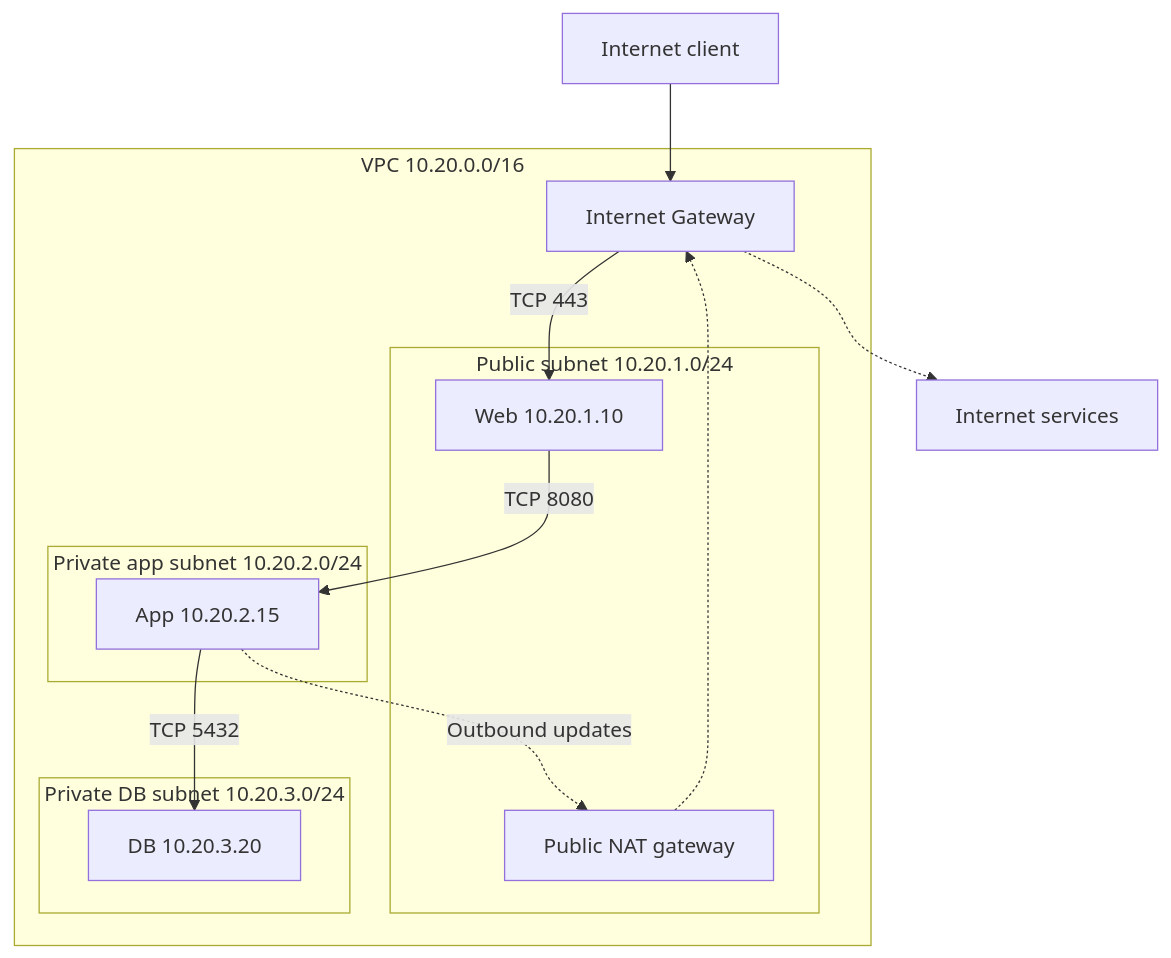
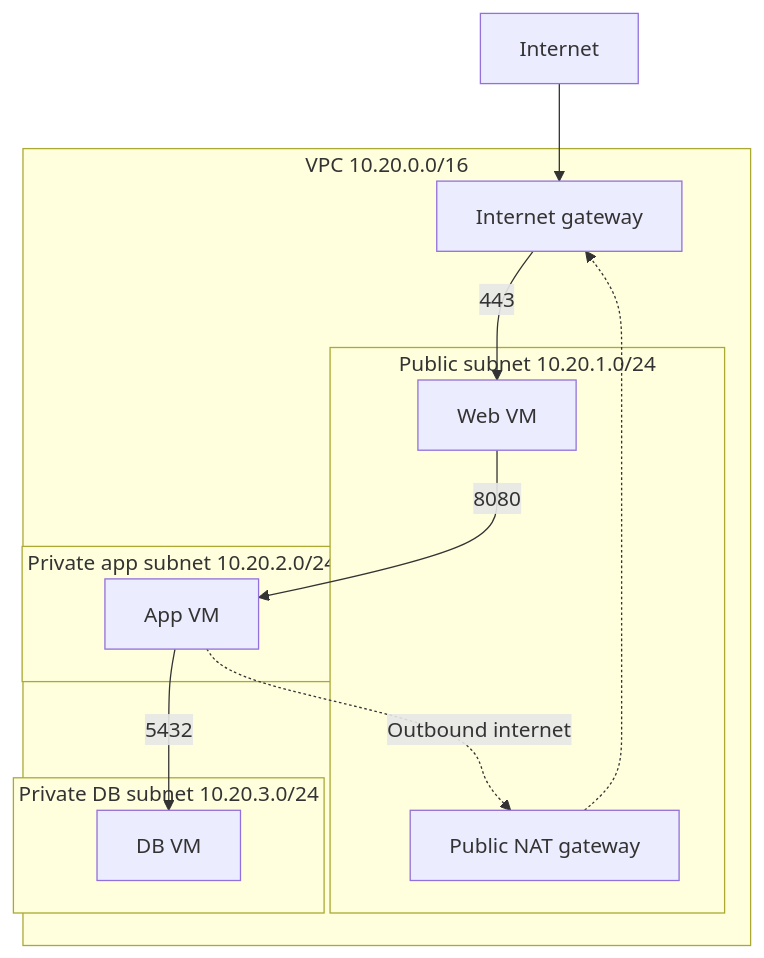
One commit to tiendu/tiendu.github.io changed the third of 3 diagrams in src/content/blog/2026-07-30-networking-useful-stuff.md. Above: the diagram before and after it, drawn with Mermaid. The commit also changed other lines of this file, not shown here.

````diff
--- a/src/content/blog/2026-07-30-networking-useful-stuff.md
+++ b/src/content/blog/2026-07-30-networking-useful-stuff.md
@@ -461,27 +387,22 @@
 ```mermaid
-flowchart TB
-    accTitle: Three-tier AWS VPC example
-    accDescr: Internet clients connect to a public web VM through an Internet Gateway. The web VM talks to a private app VM, which reaches a private database. The app can initiate internet access through a public NAT gateway.
-    Client["Internet client"]
-    Internet["Internet services"]
-    subgraph VPC["VPC 10.20.0.0/16"]
-        IGW["Internet Gateway"]
-        subgraph Public["Public subnet 10.20.1.0/24"]
-            Web["Web 10.20.1.10"]
-            NAT["Public NAT gateway"]
+flowchart TD
+    accTitle: Example AWS VPC connectivity
+    accDescr: A public web server accepts HTTPS, private app and database servers communicate internally, and outbound app traffic can use public NAT.
+    U["Internet"]
+    subgraph V["VPC 10.20.0.0/16"]
+        G["Internet gateway"]
+        subgraph P["Public subnet 10.20.1.0/24"]
+            W["Web VM"]
+            N["Public NAT gateway"]
         end
-        subgraph AppNet["Private app subnet 10.20.2.0/24"]
-            App["App 10.20.2.15"]
+        subgraph A["Private app subnet 10.20.2.0/24"]
+            AP["App VM"]
         end
-        subgraph DataNet["Private DB subnet 10.20.3.0/24"]
-            DB["DB 10.20.3.20"]
+        subgraph D["Private DB subnet 10.20.3.0/24"]
+            DB["DB VM"]
         end
     end
-    Client --> IGW
-    IGW -->|TCP 443| Web
-    Web -->|TCP 8080| App
-    App -->|TCP 5432| DB
-    App -.->|Outbound updates| NAT
-    NAT -.-> IGW
-    IGW -.-> Internet
+    U --> G -->|443| W
+    W -->|8080| AP -->|5432| DB
+    AP -.->|"Outbound internet"| N -.-> G
 ```
````
